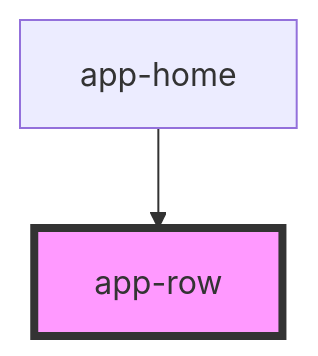
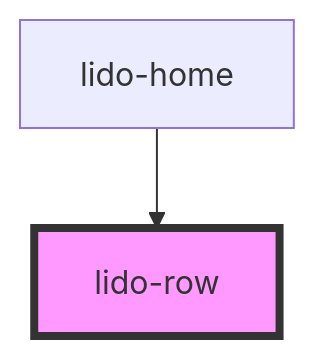
The diagram in src/components/row/readme.md (chimple/lido-player), drawn with Mermaid before and after one commit. The commit also changed other lines of this file and 40 other files, not shown here.

````diff
--- a/src/components/row/readme.md
+++ b/src/components/row/readme.md
@@ -39,5 +38,5 @@
 ```mermaid
 graph TD;
-  app-home --> app-row
-  style app-row fill:#f9f,stroke:#333,stroke-width:4px
+  lido-home --> lido-row
+  style lido-row fill:#f9f,stroke:#333,stroke-width:4px
 ```
````
